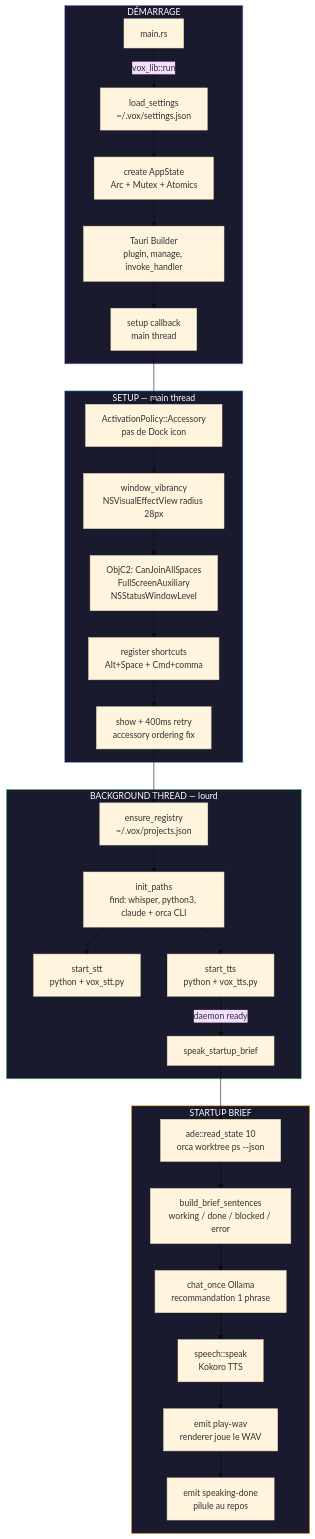
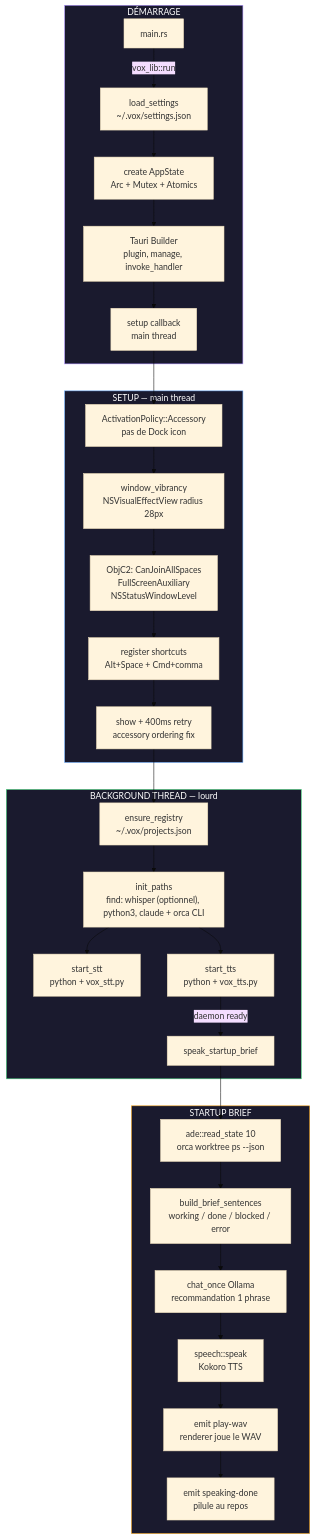
One commit to justeozan/vox changed the diagram in diagrams/vox-architecture.mmd. Above: the diagram before and after it, drawn with Mermaid (base theme). The commit also changed 13 other files, not shown here.

```diff
--- a/diagrams/vox-architecture.mmd
+++ b/diagrams/vox-architecture.mmd
@@ -1,37 +1,37 @@
 graph TD
     subgraph BOOT["DÉMARRAGE"]
         A["main.rs"] -->|vox_lib::run| B["load_settings\n~/.vox/settings.json"]
         B --> C["create AppState\nArc + Mutex + Atomics"]
         C --> D["Tauri Builder\nplugin, manage, invoke_handler"]
         D --> E["setup callback\nmain thread"]
     end
 
     subgraph SETUP["SETUP — main thread"]
         E --> F["ActivationPolicy::Accessory\npas de Dock icon"]
         F --> G["window_vibrancy\nNSVisualEffectView radius 28px"]
         G --> H["ObjC2: CanJoinAllSpaces\nFullScreenAuxiliary\nNSStatusWindowLevel"]
         H --> I["register shortcuts\nAlt+Space + Cmd+comma"]
         I --> J["show + 400ms retry\naccessory ordering fix"]
     end
 
     subgraph BG["BACKGROUND THREAD — lourd"]
         J --> K["ensure_registry\n~/.vox/projects.json"]
-        K --> L["init_paths\nfind: whisper, python3, claude + orca CLI"]
+        K --> L["init_paths\nfind: whisper (optionnel), python3, claude + orca CLI"]
         L --> M["start_stt\npython + vox_stt.py"]
         L --> N["start_tts\npython + vox_tts.py"]
         N -->|daemon ready| O["speak_startup_brief"]
     end
 
     subgraph BRIEF["STARTUP BRIEF"]
         O --> P["ade::read_state 10\norca worktree ps --json"]
         P --> Q["build_brief_sentences\nworking / done / blocked / error"]
         Q --> R["chat_once Ollama\nrecommandation 1 phrase"]
         R --> S["speech::speak\nKokoro TTS"]
         S --> T["emit play-wav\nrenderer joue le WAV"]
         T --> U["emit speaking-done\npilule au repos"]
     end
 
     style BOOT fill:#1a1a2e,stroke:#a78bfa,color:#fff
     style SETUP fill:#1a1a2e,stroke:#60a5fa,color:#fff
     style BG fill:#1a1a2e,stroke:#4ade80,color:#fff
     style BRIEF fill:#1a1a2e,stroke:#f59e0b,color:#fff
```
